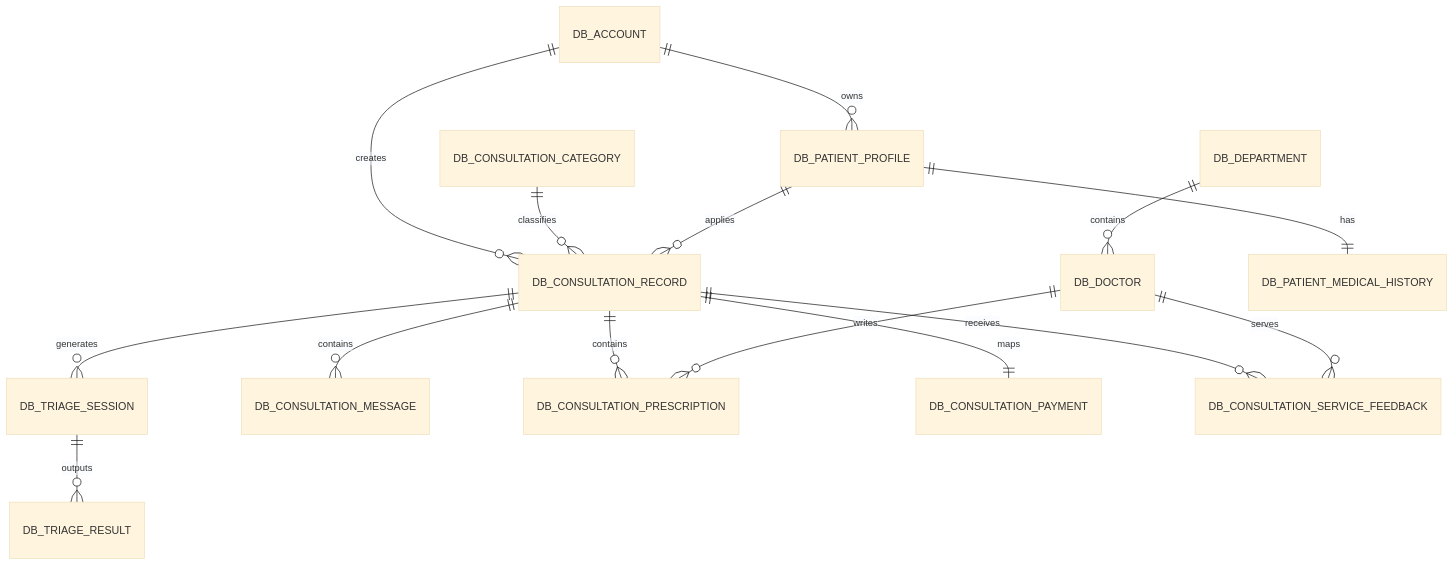
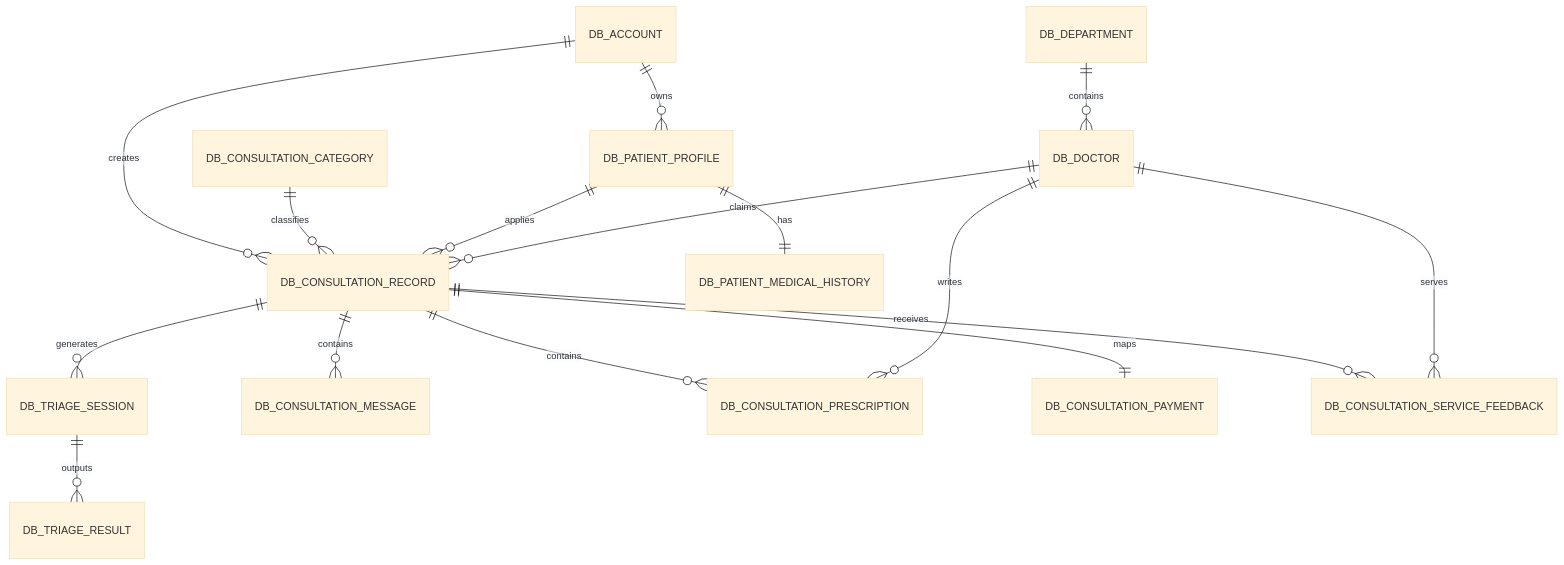
One commit to 1312255201/IntelligentConsultation changed diagram 14 of 15 in 毕设.md. Above: the diagram before and after it, drawn with Mermaid (base theme). The commit also changed other lines of this file and 5 other files, not shown here.

````diff
--- a/毕设.md
+++ b/毕设.md
@@ -976,17 +1404,18 @@
 ```mermaid
 erDiagram
     DB_ACCOUNT ||--o{ DB_PATIENT_PROFILE : owns
     DB_ACCOUNT ||--o{ DB_CONSULTATION_RECORD : creates
     DB_DEPARTMENT ||--o{ DB_DOCTOR : contains
     DB_PATIENT_PROFILE ||--|| DB_PATIENT_MEDICAL_HISTORY : has
     DB_CONSULTATION_CATEGORY ||--o{ DB_CONSULTATION_RECORD : classifies
     DB_PATIENT_PROFILE ||--o{ DB_CONSULTATION_RECORD : applies
     DB_CONSULTATION_RECORD ||--o{ DB_TRIAGE_SESSION : generates
     DB_TRIAGE_SESSION ||--o{ DB_TRIAGE_RESULT : outputs
     DB_CONSULTATION_RECORD ||--o{ DB_CONSULTATION_MESSAGE : contains
     DB_CONSULTATION_RECORD ||--o{ DB_CONSULTATION_PRESCRIPTION : contains
     DB_CONSULTATION_RECORD ||--|| DB_CONSULTATION_PAYMENT : maps
     DB_CONSULTATION_RECORD ||--o{ DB_CONSULTATION_SERVICE_FEEDBACK : receives
     DB_DOCTOR ||--o{ DB_CONSULTATION_PRESCRIPTION : writes
     DB_DOCTOR ||--o{ DB_CONSULTATION_SERVICE_FEEDBACK : serves
+    DB_DOCTOR ||--o{ DB_CONSULTATION_RECORD : claims
 ```
````
